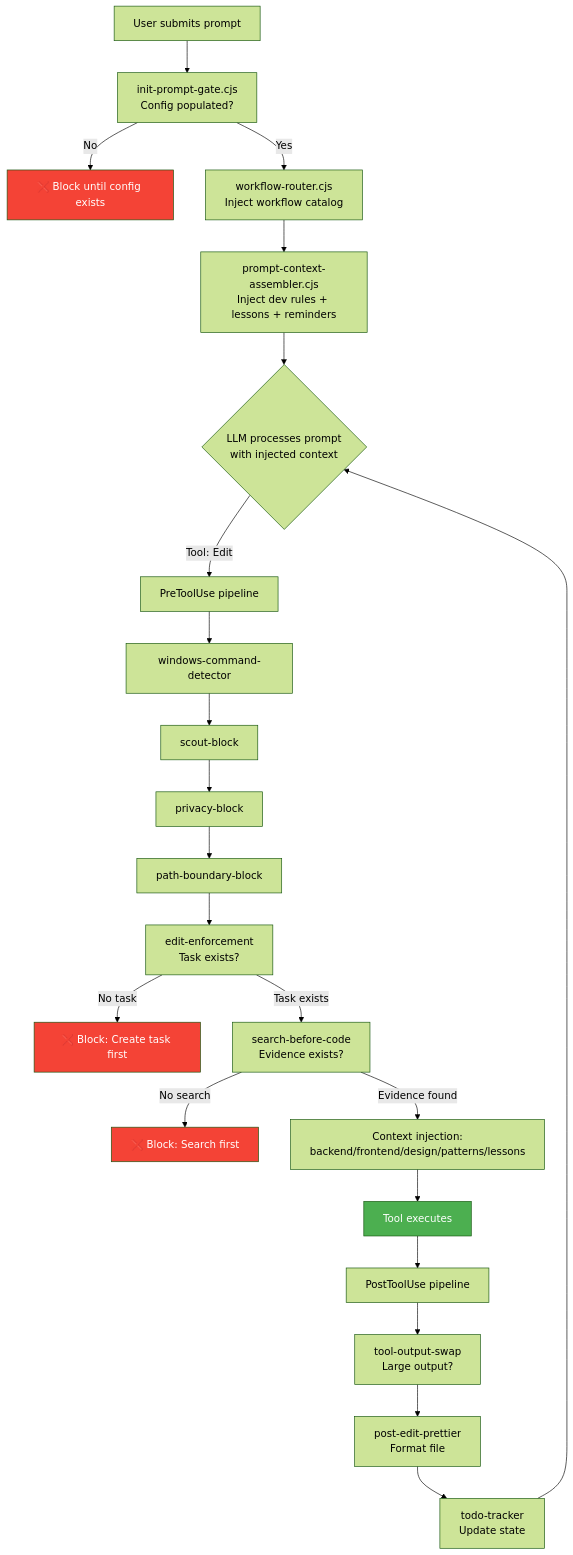
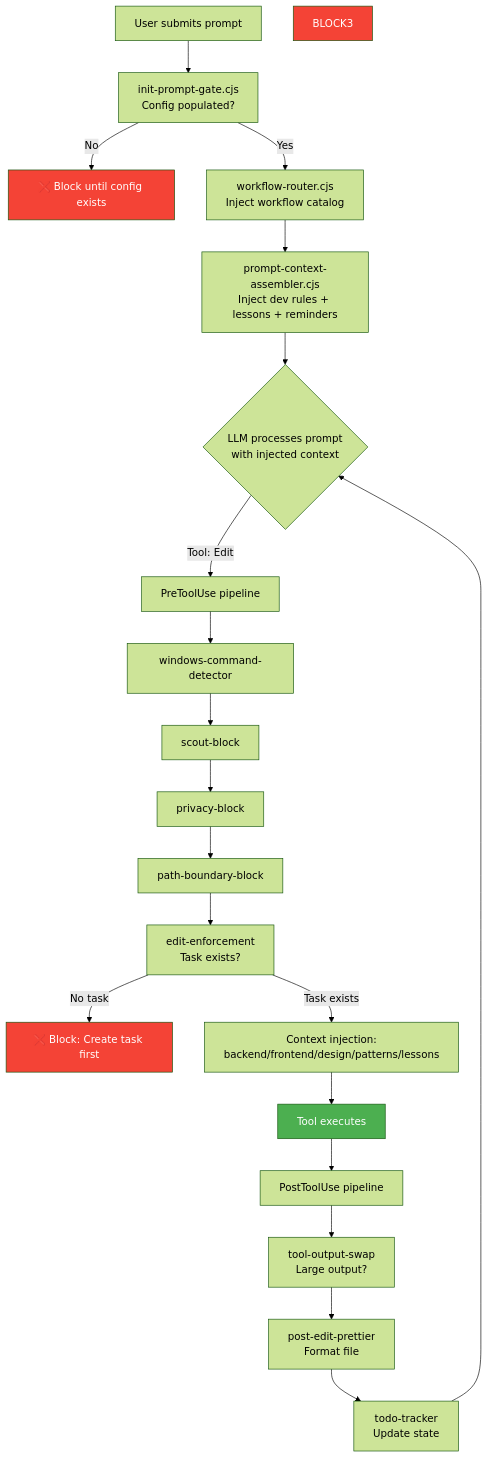
One commit to duc01226/easy-claude changed diagram 20 of 20 in .claude/docs/claude-ai-agent-framework-guide.md. Above: the diagram before and after it, drawn with Mermaid (forest theme). The commit also changed other lines of this file and 84 other files, not shown here.

````diff
--- a/.claude/docs/claude-ai-agent-framework-guide.md
+++ b/.claude/docs/claude-ai-agent-framework-guide.md
@@ -3237,33 +3201,31 @@
 ```mermaid
 flowchart TB
     A[User submits prompt] --> B[init-prompt-gate.cjs<br/>Config populated?]
     B -->|No| BLOCK1[❌ Block until config exists]
     B -->|Yes| C[workflow-router.cjs<br/>Inject workflow catalog]
     C --> D[prompt-context-assembler.cjs<br/>Inject dev rules + lessons + reminders]
 
     D --> H{LLM processes prompt<br/>with injected context}
 
     H -->|Tool: Edit| I[PreToolUse pipeline]
     I --> I1[windows-command-detector]
     I1 --> I2[scout-block]
     I2 --> I3[privacy-block]
     I3 --> I4[path-boundary-block]
     I4 --> I5[edit-enforcement<br/>Task exists?]
     I5 -->|No task| BLOCK2[❌ Block: Create task first]
-    I5 -->|Task exists| I6[search-before-code<br/>Evidence exists?]
-    I6 -->|No search| BLOCK3[❌ Block: Search first]
-    I6 -->|Evidence found| I7[Context injection:<br/>backend/frontend/design/patterns/lessons]
+    I5 -->|Task exists| I7[Context injection:<br/>backend/frontend/design/patterns/lessons]
     I7 --> EXEC[Tool executes]
 
     EXEC --> J[PostToolUse pipeline]
     J --> J1[tool-output-swap<br/>Large output?]
     J1 --> J2[post-edit-prettier<br/>Format file]
     J2 --> J3[todo-tracker<br/>Update state]
 
     J3 --> H
 
     style BLOCK1 fill:#f44336,color:white
     style BLOCK2 fill:#f44336,color:white
     style BLOCK3 fill:#f44336,color:white
     style EXEC fill:#4CAF50,color:white
 ```
````
